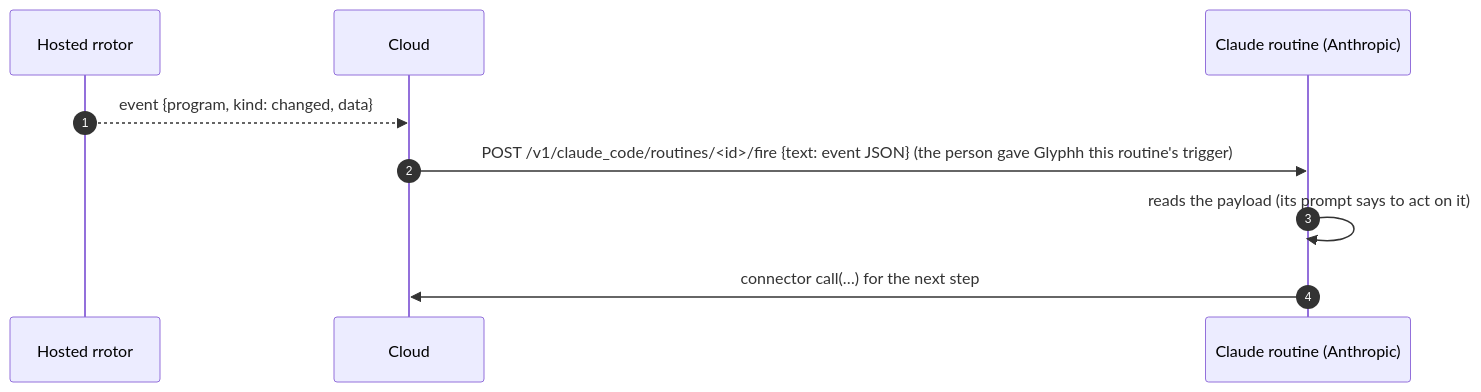
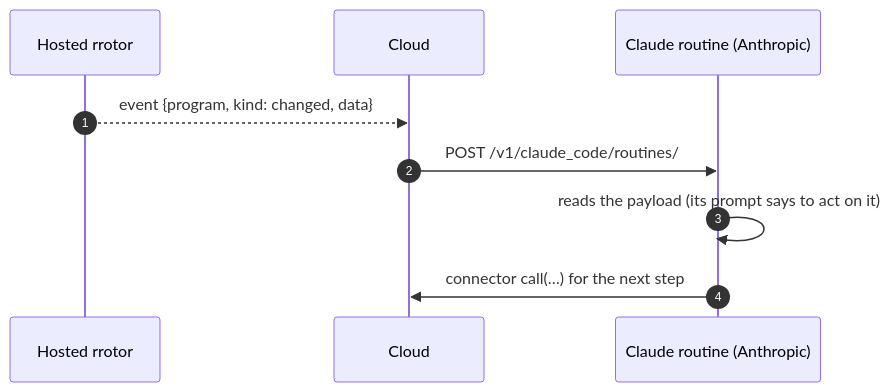
Before and after one commit to glyphh-ai/rrotor: diagram 11 of 13 in docs/architecture.md, drawn with Mermaid. The commit also changed other lines of this file and 18 other files, not shown here.

````diff
--- a/docs/architecture.md
+++ b/docs/architecture.md
@@ -417,11 +416,11 @@
 ```mermaid
 sequenceDiagram
     autonumber
     participant H as Hosted rrotor
     participant G as Cloud
     participant A as Claude routine (Anthropic)
     H-->>G: event {program, kind: changed, data}
-    G->>A: POST /v1/claude_code/routines/#lt;id#gt;/fire {text: event JSON} (the person gave Glyphh this routine's trigger)
+    G->>A: POST /v1/claude_code/routines/#lt#59;id#gt#59;/fire {text: event JSON} (the person gave Glyphh this routine's trigger)
     A->>A: reads the payload (its prompt says to act on it)
     A->>G: connector call(…) for the next step
 ```
````
